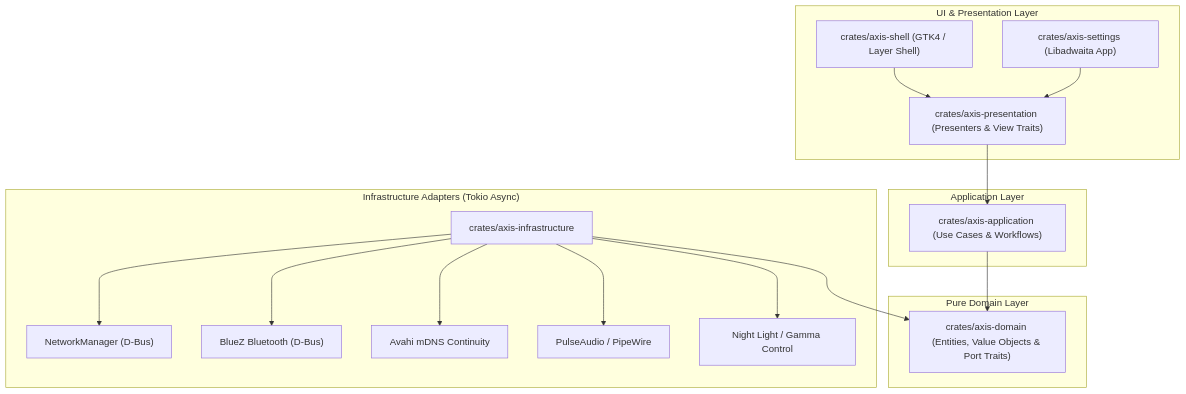
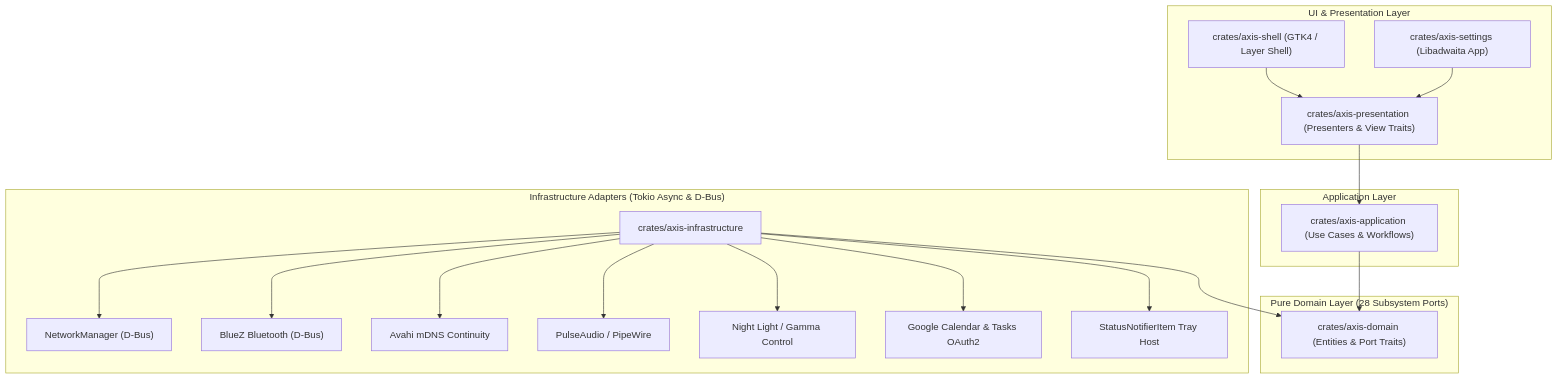
The diagram in README.md (fleischerdesign/Axis), drawn with Mermaid before and after one commit. The commit also changed other lines of this file, not shown here.

Commit message:
docs: deeply expand README.md with 28 domain subsystems, MPRIS, SNI tray, and Google OAuth2

````diff
--- a/README.md
+++ b/README.md
@@ -48,36 +49,40 @@
 ```mermaid
 graph TD
     subgraph UI ["UI & Presentation Layer"]
         Shell["crates/axis-shell (GTK4 / Layer Shell)"]
         Settings["crates/axis-settings (Libadwaita App)"]
         Presentation["crates/axis-presentation (Presenters & View Traits)"]
     end
 
-    subgraph Infrastructure ["Infrastructure Adapters (Tokio Async)"]
+    subgraph Infrastructure ["Infrastructure Adapters (Tokio Async & D-Bus)"]
         Infra["crates/axis-infrastructure"]
         NM["NetworkManager (D-Bus)"]
         BlueZ["BlueZ Bluetooth (D-Bus)"]
         Avahi["Avahi mDNS Continuity"]
         Pulse["PulseAudio / PipeWire"]
         Night["Night Light / Gamma Control"]
+        Google["Google Calendar & Tasks OAuth2"]
+        Tray["StatusNotifierItem Tray Host"]
     end
 
     subgraph Application ["Application Layer"]
         App["crates/axis-application (Use Cases & Workflows)"]
     end
 
-    subgraph Domain ["Pure Domain Layer"]
-        Dom["crates/axis-domain (Entities, Value Objects & Port Traits)"]
+    subgraph Domain ["Pure Domain Layer (28 Subsystem Ports)"]
+        Dom["crates/axis-domain (Entities & Port Traits)"]
     end
 
     Shell --> Presentation
     Settings --> Presentation
     Presentation --> App
     App --> Dom
     Infra --> Dom
     Infra --> NM
     Infra --> BlueZ
     Infra --> Avahi
     Infra --> Pulse
     Infra --> Night
+    Infra --> Google
+    Infra --> Tray
 ```
````
